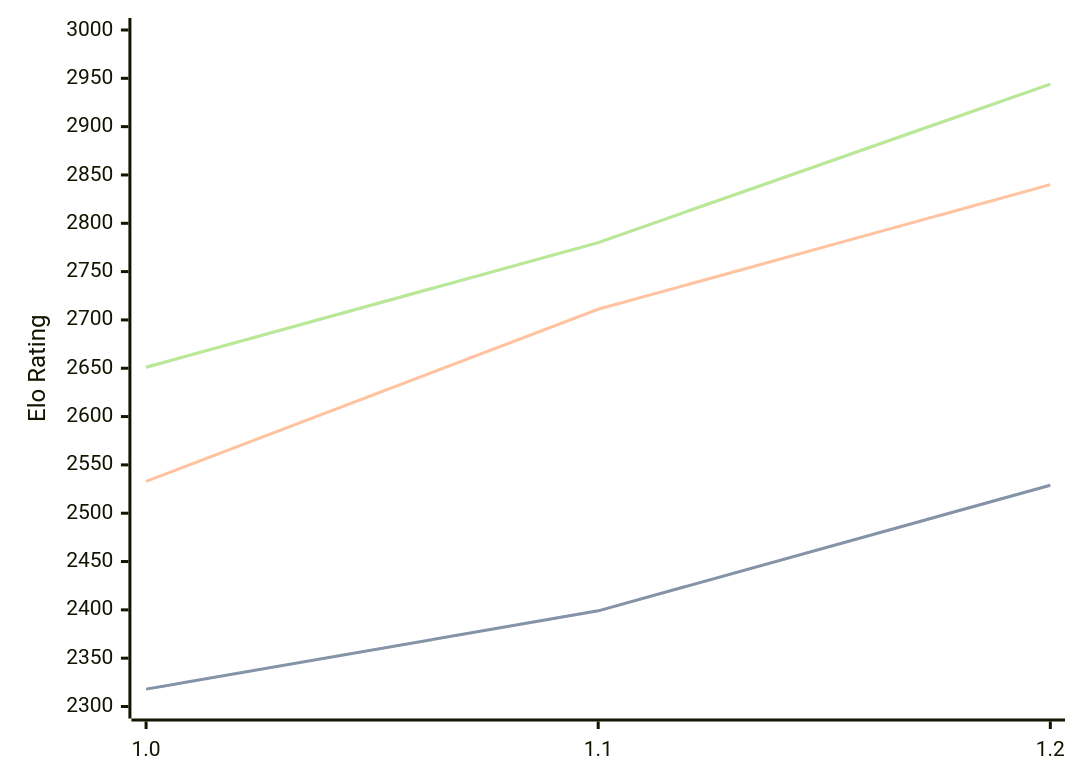
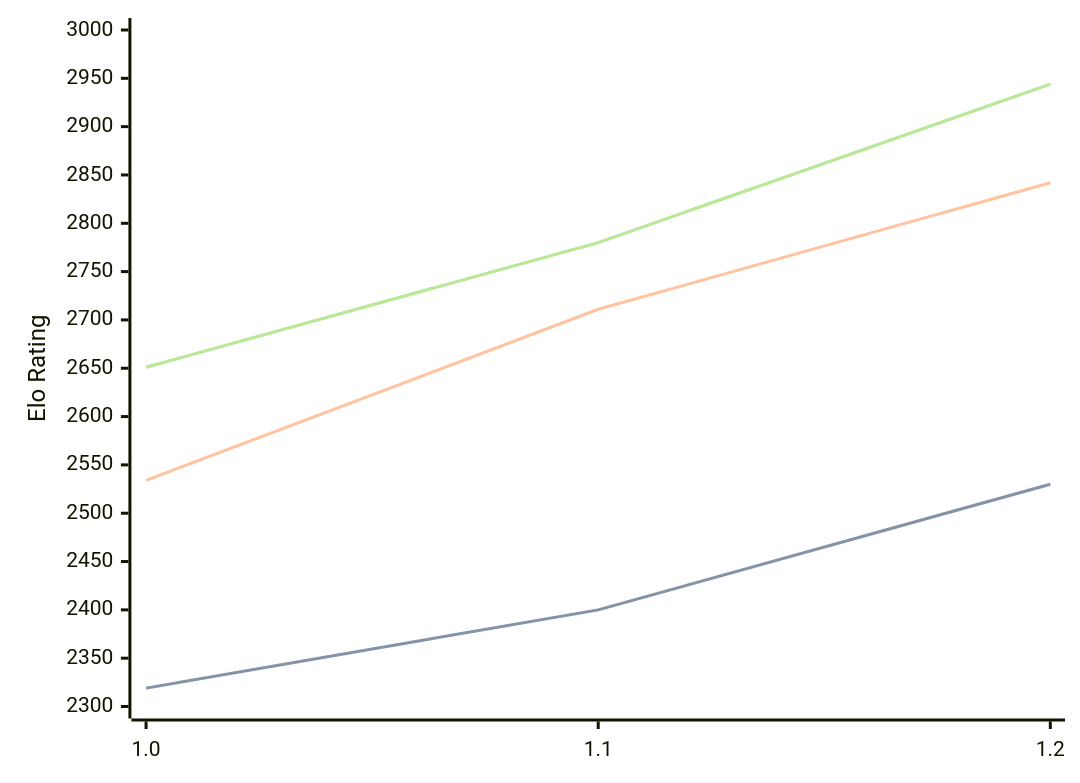
One commit to computer-chess-index/cci changed the diagram in engines/FoxChess.md. Above: the diagram before and after it, drawn with Mermaid. The commit also changed other lines of this file, not shown here.

````diff
--- a/engines/FoxChess.md
+++ b/engines/FoxChess.md
@@ -33,11 +33,11 @@
 ```mermaid
 %%{init: {"theme":"base","themeVariables":{"seriesColors:['#a3a3a3','#222221','#faa371']}}}%%
 xychart-beta
   x-axis ["1.0", "1.1", "1.2"]
   y-axis "Elo Rating" 2300 --> 3000
-  line "" [2318, 2399, 2529]
-  line "STC (8.0+0.08s)" [2318, 2399, 2529]
-  line "LTC (60.0+0.60s)" [2533, 2711, 2840]
+  line "" [2319, 2400, 2530]
+  line "STC (8.0+0.08s)" [2319, 2400, 2530]
+  line "LTC (60.0+0.60s)" [2534, 2711, 2842]
   line "" [2651, 2780, 2944]
   line "VLTC (2m24s+1.12s)" [2651, 2780, 2944]
 ```
````
